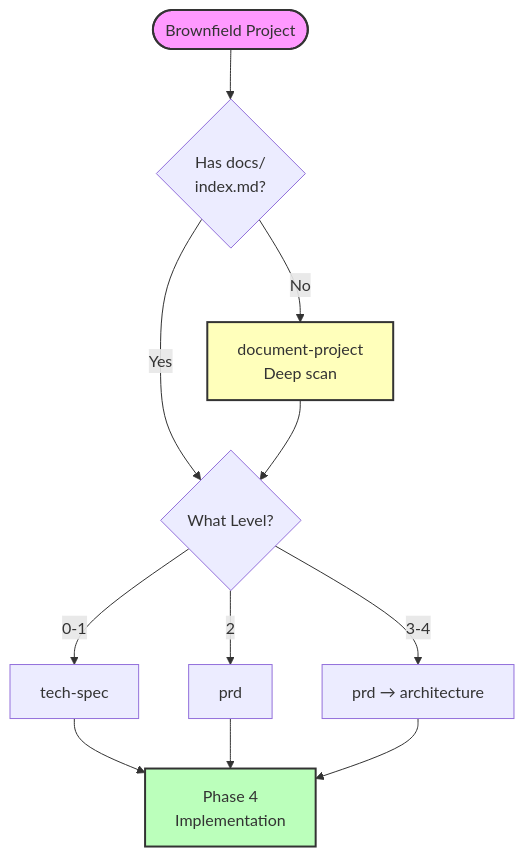
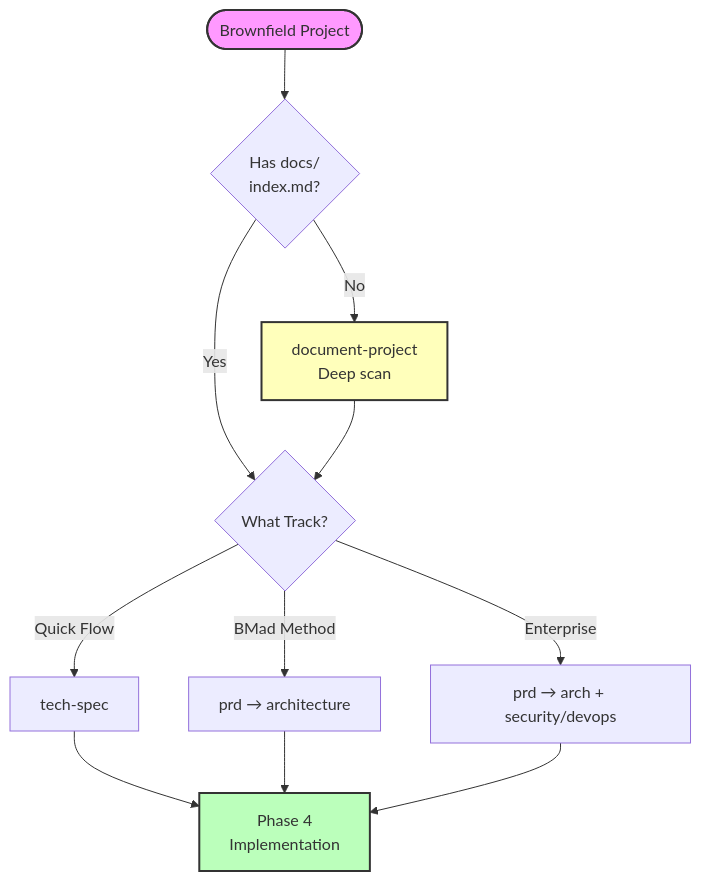
The second of 2 diagrams in src/modules/bmm/docs/brownfield-guide.md (zsutxz/BMAD-METHOD), drawn with Mermaid before and after one commit. The commit also changed other lines of this file and 23 other files, not shown here.

````diff
--- a/src/modules/bmm/docs/brownfield-guide.md
+++ b/src/modules/bmm/docs/brownfield-guide.md
@@ -569,23 +574,23 @@
 ```mermaid
 flowchart TD
     START([Brownfield Project])
     CHECK{Has docs/<br/>index.md?}
 
     START --> CHECK
     CHECK -->|No| DOC[document-project<br/>Deep scan]
-    CHECK -->|Yes| LEVEL{What Level?}
+    CHECK -->|Yes| TRACK{What Track?}
 
-    DOC --> LEVEL
+    DOC --> TRACK
 
-    LEVEL -->|0-1| TS[tech-spec]
-    LEVEL -->|2| PRD[prd]
-    LEVEL -->|3-4| PRD2[prd → architecture]
+    TRACK -->|Quick Flow| TS[tech-spec]
+    TRACK -->|BMad Method| PRD[prd → architecture]
+    TRACK -->|Enterprise| PRD2[prd → arch + security/devops]
 
     TS --> IMPL[Phase 4<br/>Implementation]
     PRD --> IMPL
     PRD2 --> IMPL
 
     style START fill:#f9f,stroke:#333,stroke-width:2px
     style DOC fill:#ffb,stroke:#333,stroke-width:2px
     style IMPL fill:#bfb,stroke:#333,stroke-width:2px
 ```
````
